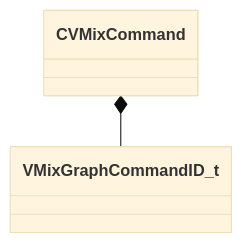
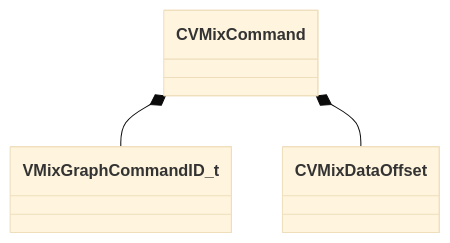
One commit to CS2OpenDev/CS2OpenDev-Docs changed the diagram in docs/generated/schemas/soundsystem_lowlevel/CVMixCommand.md. Above: the diagram before and after it, drawn with Mermaid (base theme). The commit also changed other lines of this file and 4654 other files, not shown here.

Commit message:
docs: regenerate for SchemaTracker build 25947352 [skip ci]

````diff
--- a/docs/generated/schemas/soundsystem_lowlevel/CVMixCommand.md
+++ b/docs/generated/schemas/soundsystem_lowlevel/CVMixCommand.md
@@ -17,4 +17,5 @@
 ```mermaid
 classDiagram
     CVMixCommand *-- VMixGraphCommandID_t
+    CVMixCommand *-- CVMixDataOffset
 ```
````
